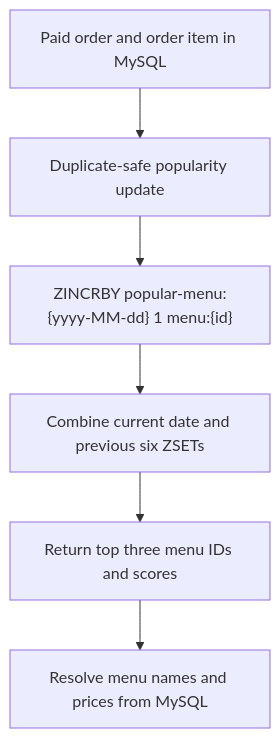
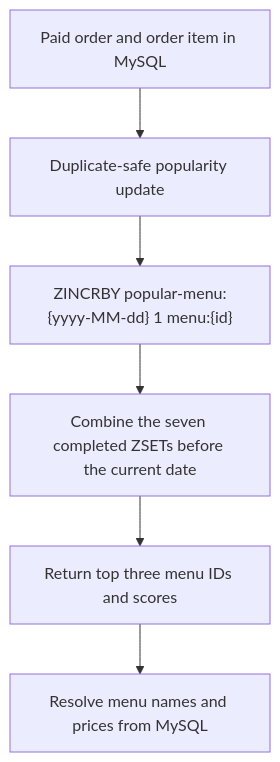
The second of 2 diagrams in docs/ERD.md (Astro-Luminoso/nbc-coffee-order-system), drawn with Mermaid before and after one commit. The commit also changed other lines of this file and 4 other files, not shown here.

````diff
--- a/docs/ERD.md
+++ b/docs/ERD.md
@@ -124,8 +182,8 @@
 ```mermaid
 flowchart
     A["Paid order and order item in MySQL"] --> B["Duplicate-safe popularity update"]
     B --> C["ZINCRBY popular-menu:{yyyy-MM-dd} 1 menu:{id}"]
-    C --> D["Combine current date and previous six ZSETs"]
+    C --> D["Combine the seven completed ZSETs before the current date"]
     D --> E["Return top three menu IDs and scores"]
     E --> F["Resolve menu names and prices from MySQL"]
 ```
````
